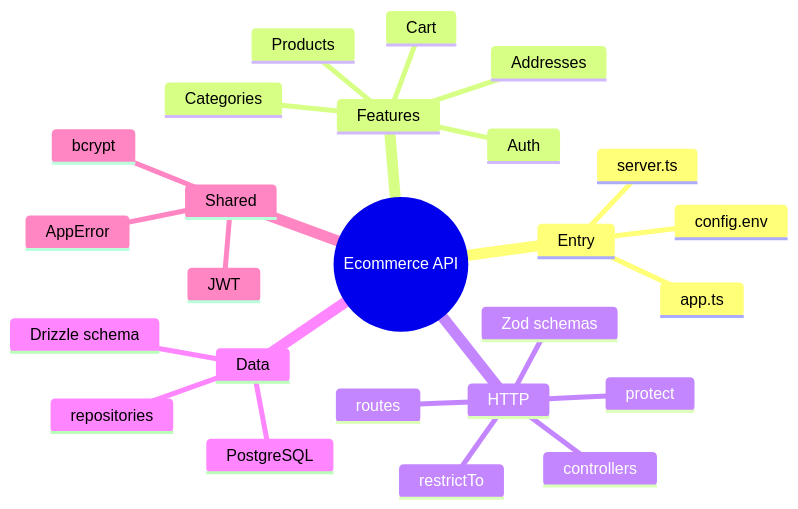
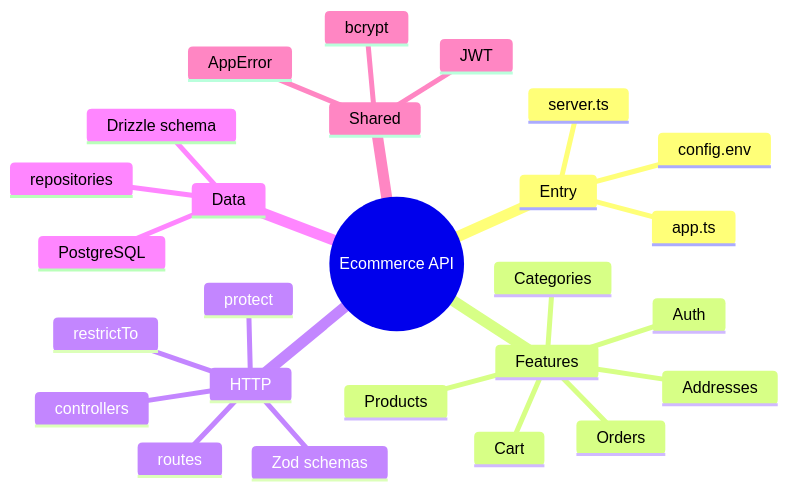
The second of 6 diagrams in README.md (mahdi-code007/ecommerce-api-typescript), drawn with Mermaid before and after one commit. The commit also changed other lines of this file and 14 other files, not shown here.

First line of the commit message:
feat: add COD checkout and order status flow

````diff
--- a/README.md
+++ b/README.md
@@ -316,28 +349,29 @@
 ```mermaid
 mindmap
   root((Ecommerce API))
     Entry
       server.ts
       app.ts
       config.env
     Features
       Auth
       Categories
       Products
       Cart
       Addresses
+      Orders
     HTTP
       routes
       protect
       restrictTo
       Zod schemas
       controllers
     Data
       repositories
       Drizzle schema
       PostgreSQL
     Shared
       JWT
       bcrypt
       AppError
 ```
````
